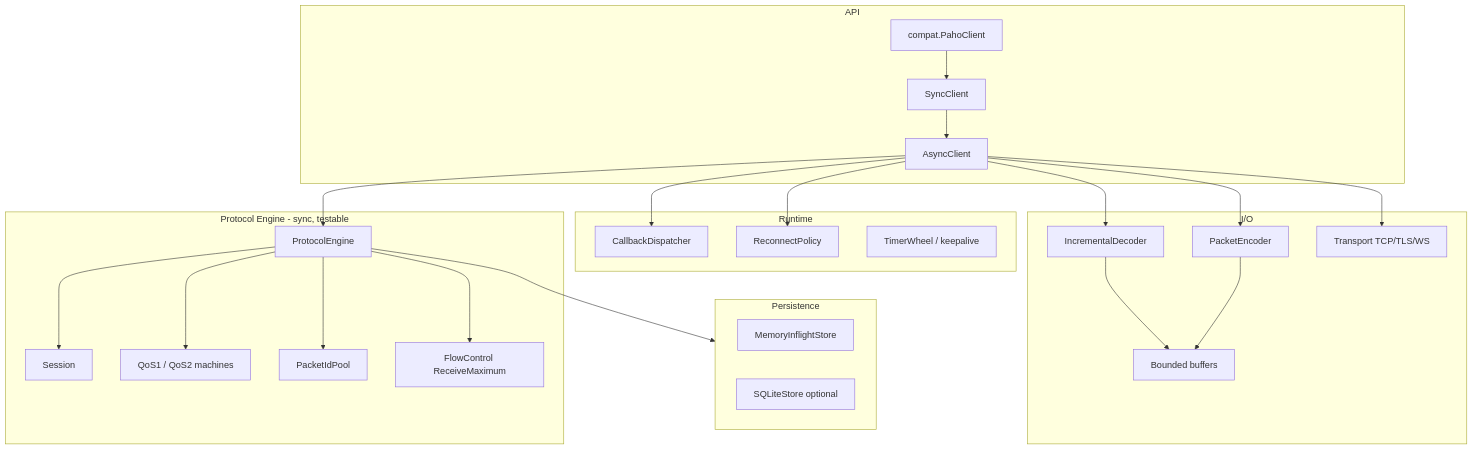
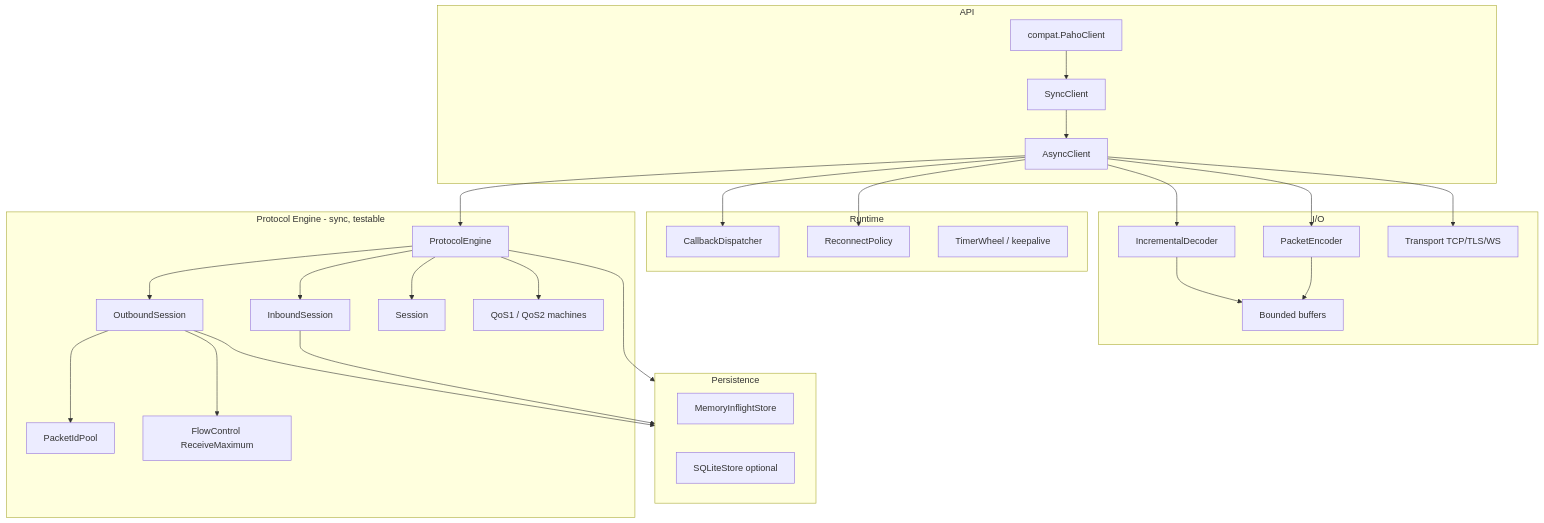
The diagram in docs/DESIGN.md (yoch/mqttium), drawn with Mermaid before and after one commit. The commit also changed other lines of this file and 26 other files, not shown here.

First line of the commit message:
Give inbound and outbound protocol state a single owner (#21)

````diff
--- a/docs/DESIGN.md
+++ b/docs/DESIGN.md
@@ -22,50 +22,56 @@
 ```mermaid
 flowchart TB
   subgraph api [API]
     AC[AsyncClient]
     SC[SyncClient]
     PC[compat.PahoClient]
   end
 
   subgraph runtime [Runtime]
     CD[CallbackDispatcher]
     RP[ReconnectPolicy]
     TM[TimerWheel / keepalive]
   end
 
   subgraph engine [Protocol Engine - sync, testable]
     PE[ProtocolEngine]
+    OUT[OutboundSession]
+    IN[InboundSession]
     SES[Session]
     QOS[QoS1 / QoS2 machines]
     PID[PacketIdPool]
     FC[FlowControl ReceiveMaximum]
   end
 
   subgraph io [I/O]
     DEC[IncrementalDecoder]
     ENC[PacketEncoder]
     TR[Transport TCP/TLS/WS]
     BUF[Bounded buffers]
   end
 
   subgraph store [Persistence]
     MEM[MemoryInflightStore]
     SQL[SQLiteStore optional]
   end
 
   AC --> PE
   SC --> AC
   PC --> SC
   AC --> CD
   AC --> RP
+  PE --> OUT
+  PE --> IN
   PE --> SES
   PE --> QOS
-  PE --> PID
-  PE --> FC
+  OUT --> PID
+  OUT --> FC
+  OUT --> store
+  IN --> store
   PE --> store
   AC --> DEC
   AC --> ENC
   AC --> TR
   DEC --> BUF
   ENC --> BUF
 ```
````
